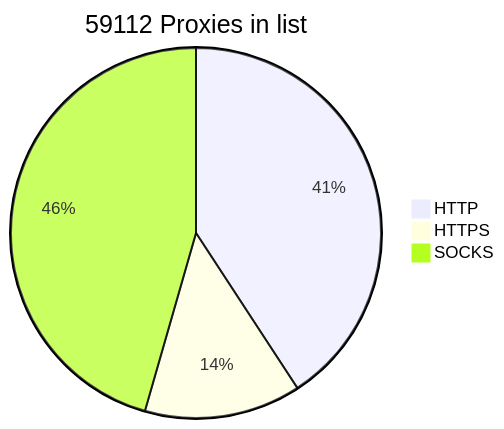
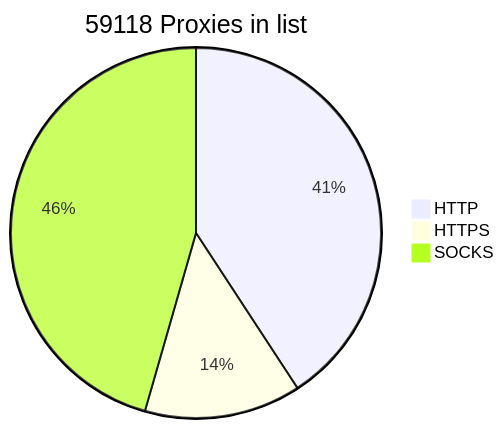
The diagram in README.md (BlackSnowDot/proxylist-update-every-minute), drawn with Mermaid before and after one commit.

````diff
--- a/README.md
+++ b/README.md
@@ -2,6 +2,6 @@
 ```mermaid
-pie title 59112 Proxies in list
+pie title 59118 Proxies in list
     "HTTP" : 27165
-    "HTTPS": 9103
-    "SOCKS" : 30342
+    "HTTPS": 9104
+    "SOCKS" : 30347
 ```
````
